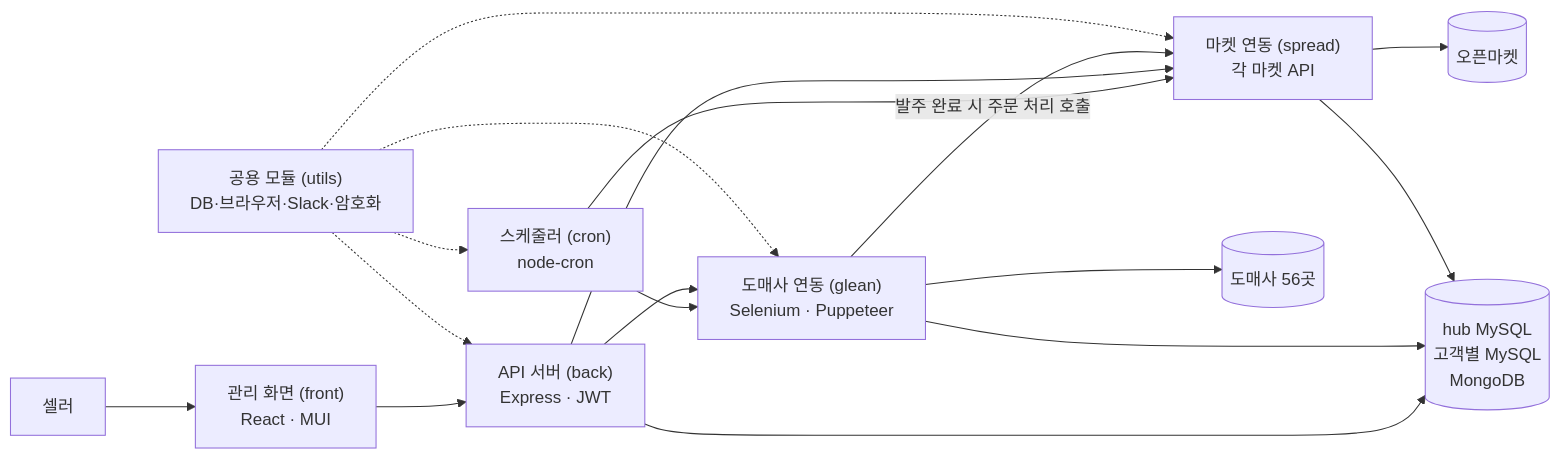
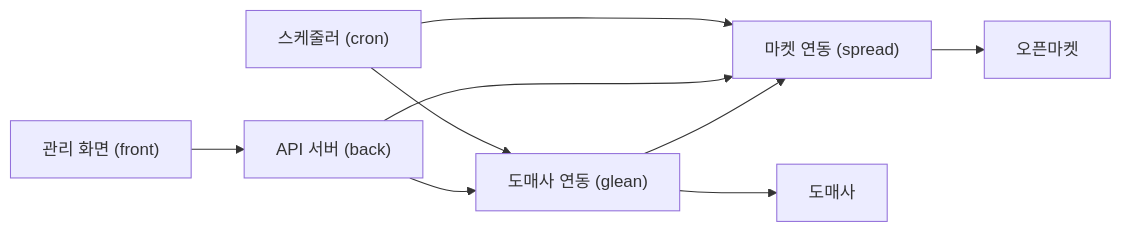
Before and after one commit to arru1022/portfolio: the diagram in projects/aios.md, drawn with Mermaid. The commit also changed other lines of this file and 2 other files, not shown here.

````diff
--- a/projects/aios.md
+++ b/projects/aios.md
@@ -30,14 +31,11 @@
 ```mermaid
 flowchart LR
-    U[셀러] --> F["관리 화면 (front)<br/>React · MUI"]
-    F --> B["API 서버 (back)<br/>Express · JWT"]
-    C["스케줄러 (cron)<br/>node-cron"] --> G
+    F["관리 화면 (front)"] --> B["API 서버 (back)"]
+    C["스케줄러 (cron)"] --> G
     C --> S
-    B --> G["도매사 연동 (glean)<br/>Selenium · Puppeteer"]
-    B --> S["마켓 연동 (spread)<br/>각 마켓 API"]
-    G -- 발주 완료 시 주문 처리 호출 --> S
-    G --> W[(도매사 56곳)]
-    S --> M[(오픈마켓)]
-    B & G & S --> DB[("hub MySQL<br/>고객별 MySQL<br/>MongoDB")]
-    UT["공용 모듈 (utils)<br/>DB·브라우저·Slack·암호화"] -.-> B & G & S & C
+    B --> G["도매사 연동 (glean)"]
+    B --> S["마켓 연동 (spread)"]
+    G --> S
+    G --> W[도매사]
+    S --> M[오픈마켓]
 ```
````
